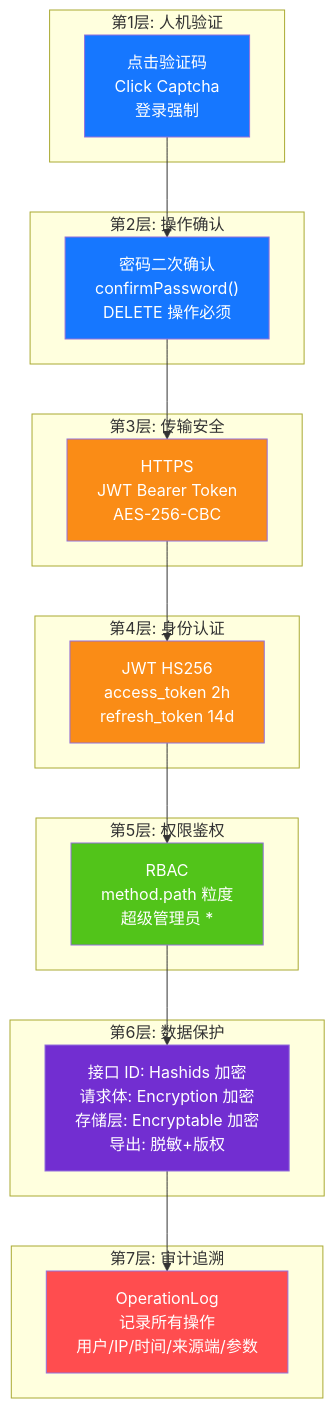
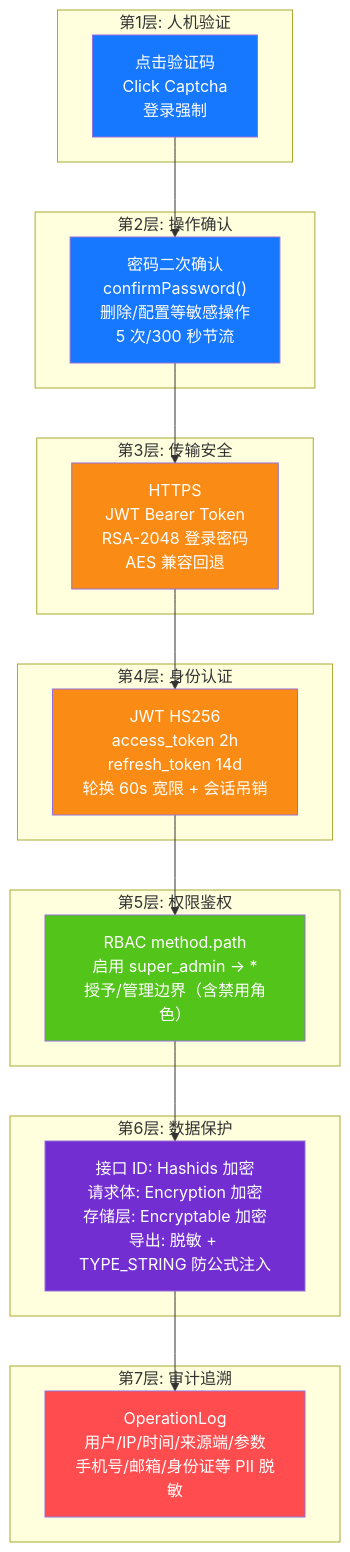
Before and after one commit to erikwang2013/open-admin: diagram 13 of 14 in docs/ARCHITECTURE.md, drawn with Mermaid. The commit also changed other lines of this file and 62 other files, not shown here.

````diff
--- a/docs/ARCHITECTURE.md
+++ b/docs/ARCHITECTURE.md
@@ -594,40 +610,40 @@
 ```mermaid
 flowchart TB
     subgraph "第1层: 人机验证"
         L1["点击验证码<br/>Click Captcha<br/>登录强制"]
     end
 
     subgraph "第2层: 操作确认"
-        L2["密码二次确认<br/>confirmPassword()<br/>DELETE 操作必须"]
+        L2["密码二次确认<br/>confirmPassword()<br/>删除/配置等敏感操作<br/>5 次/300 秒节流"]
     end
 
     subgraph "第3层: 传输安全"
-        L3["HTTPS<br/>JWT Bearer Token<br/>AES-256-CBC"]
+        L3["HTTPS<br/>JWT Bearer Token<br/>RSA-2048 登录密码<br/>AES 兼容回退"]
     end
 
     subgraph "第4层: 身份认证"
-        L4["JWT HS256<br/>access_token 2h<br/>refresh_token 14d"]
+        L4["JWT HS256<br/>access_token 2h<br/>refresh_token 14d<br/>轮换 60s 宽限 + 会话吊销"]
     end
 
     subgraph "第5层: 权限鉴权"
-        L5["RBAC<br/>method.path 粒度<br/>超级管理员 * "]
+        L5["RBAC method.path<br/>启用 super_admin → *<br/>授予/管理边界（含禁用角色）"]
     end
 
     subgraph "第6层: 数据保护"
-        L6["接口 ID: Hashids 加密<br/>请求体: Encryption 加密<br/>存储层: Encryptable 加密<br/>导出: 脱敏+版权"]
+        L6["接口 ID: Hashids 加密<br/>请求体: Encryption 加密<br/>存储层: Encryptable 加密<br/>导出: 脱敏 + TYPE_STRING 防公式注入"]
     end
 
     subgraph "第7层: 审计追溯"
-        L7["OperationLog<br/>记录所有操作<br/>用户/IP/时间/来源端/参数"]
+        L7["OperationLog<br/>用户/IP/时间/来源端/参数<br/>手机号/邮箱/身份证等 PII 脱敏"]
     end
 
     L1 --> L2 --> L3 --> L4 --> L5 --> L6 --> L7
 
     style L1 fill:#1677FF,color:#fff
     style L2 fill:#1677FF,color:#fff
     style L3 fill:#FA8C16,color:#fff
     style L4 fill:#FA8C16,color:#fff
     style L5 fill:#52C41A,color:#fff
     style L6 fill:#722ED1,color:#fff
     style L7 fill:#FF4D4F,color:#fff
 ```
````
